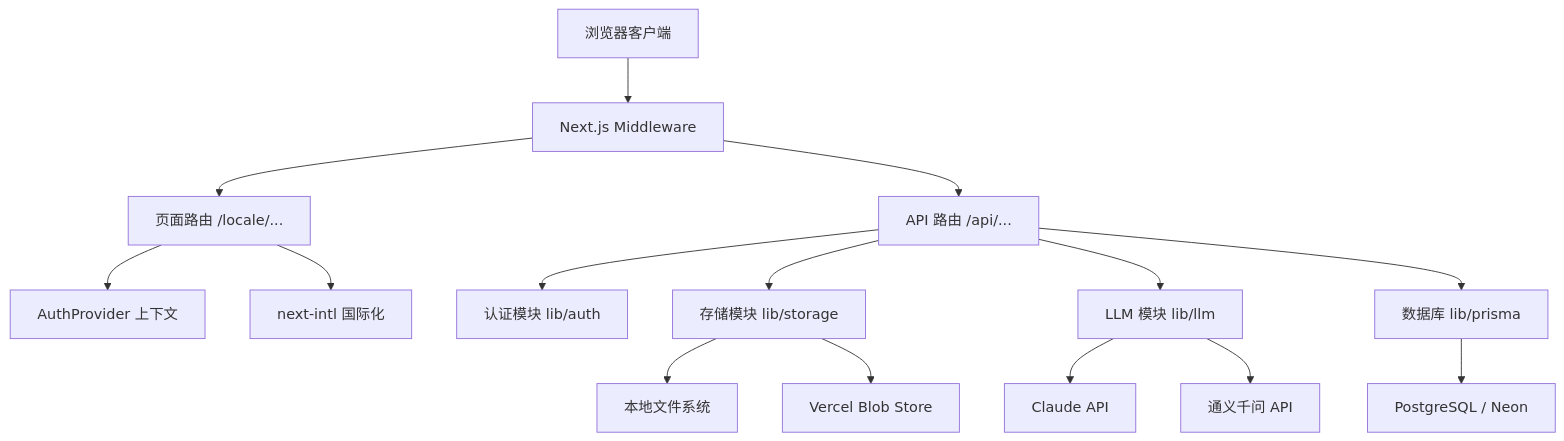
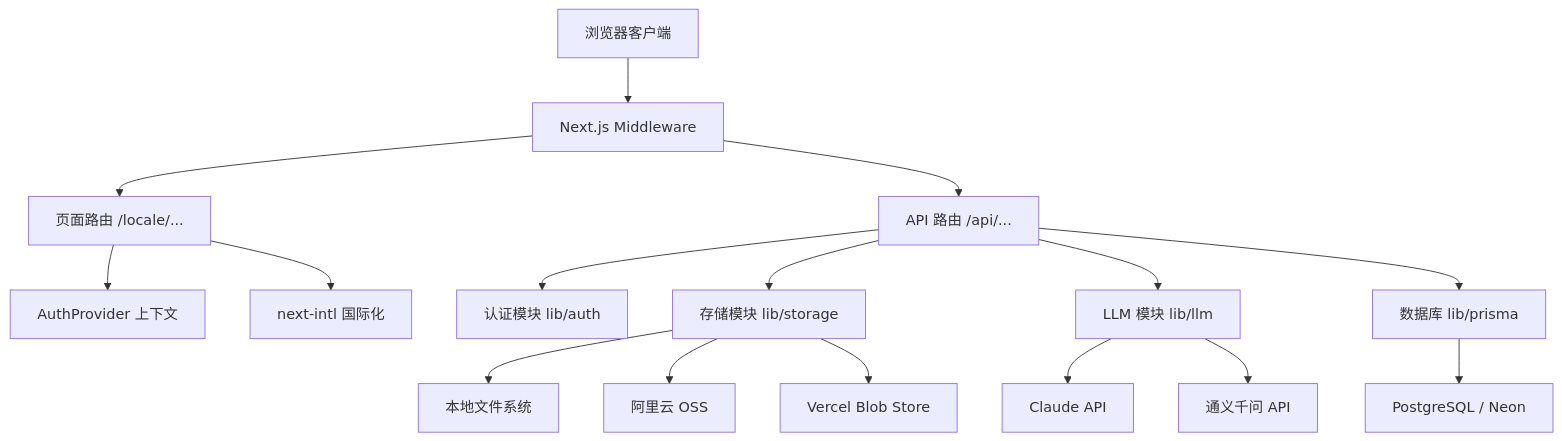
Before and after one commit to addicted0010/namecardfolder: the first of 3 diagrams in Documents/design.md, drawn with Mermaid. The commit also changed other lines of this file and 11 other files, not shown here.

First line of the commit message:
feat(storage): 新增阿里云 OSS 存储支持（STS 临时令牌）

````diff
--- a/Documents/design.md
+++ b/Documents/design.md
@@ -24,22 +24,23 @@
 ```mermaid
 graph TB
     Client[浏览器客户端] --> Middleware[Next.js Middleware]
     Middleware --> Pages[页面路由 /locale/...]
     Middleware --> API[API 路由 /api/...]
     
     Pages --> AuthContext[AuthProvider 上下文]
     Pages --> I18n[next-intl 国际化]
     
     API --> AuthLib[认证模块 lib/auth]
     API --> StorageLib[存储模块 lib/storage]
     API --> LLMLib[LLM 模块 lib/llm]
     API --> PrismaLib[数据库 lib/prisma]
     
     StorageLib --> LocalFS[本地文件系统]
+    StorageLib --> AliyunOSS[阿里云 OSS]
     StorageLib --> VercelBlob[Vercel Blob Store]
     
     LLMLib --> Claude[Claude API]
     LLMLib --> Alibaba[通义千问 API]
     
     PrismaLib --> PostgreSQL[PostgreSQL / Neon]
 ```
````
